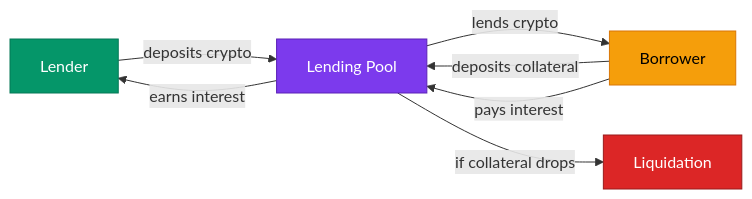
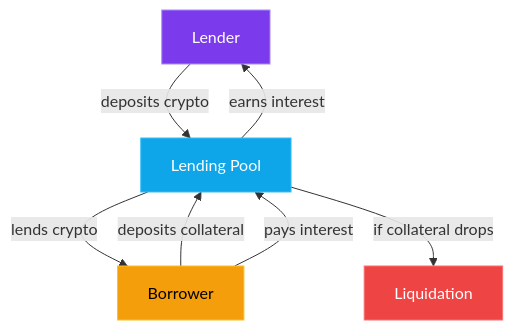
Before and after one commit to jestersimpps/cv: the diagram in content/blog/crypto-unlocked-08-defi-fundamentals.mdx, drawn with Mermaid. The commit also changed 12 other files, not shown here.

Commit message:
fix(blog): convert all mermaid diagrams to vertical (TD) for mobile readability, dark theme component

````diff
--- a/content/blog/crypto-unlocked-08-defi-fundamentals.mdx
+++ b/content/blog/crypto-unlocked-08-defi-fundamentals.mdx
@@ -50,14 +50,14 @@
 ```mermaid
-graph LR
+graph TD
     L[Lender] -->|deposits crypto| P[Lending Pool]
     P -->|earns interest| L
     B[Borrower] -->|deposits collateral| P
     P -->|lends crypto| B
     B -->|pays interest| P
     P -->|if collateral drops| LQ[Liquidation]
 
-    style L fill:#059669,stroke:#047857,color:#fff
-    style P fill:#7c3aed,stroke:#5b21b6,color:#fff
-    style B fill:#f59e0b,stroke:#d97706,color:#000
-    style LQ fill:#dc2626,stroke:#991b1b,color:#fff
+    style L fill:#7c3aed,stroke:#a78bfa,color:#fff
+    style P fill:#0ea5e9,stroke:#38bdf8,color:#fff
+    style B fill:#f59e0b,stroke:#fbbf24,color:#000
+    style LQ fill:#ef4444,stroke:#f87171,color:#fff
 ```
````
